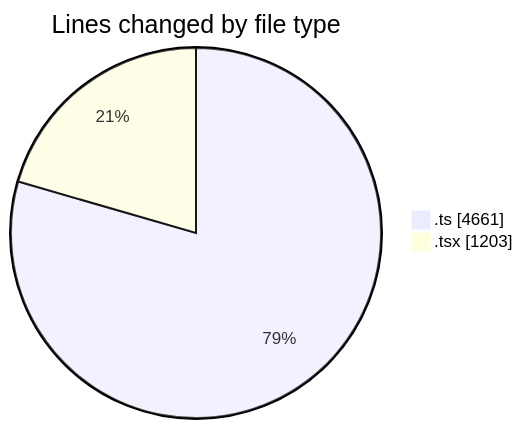
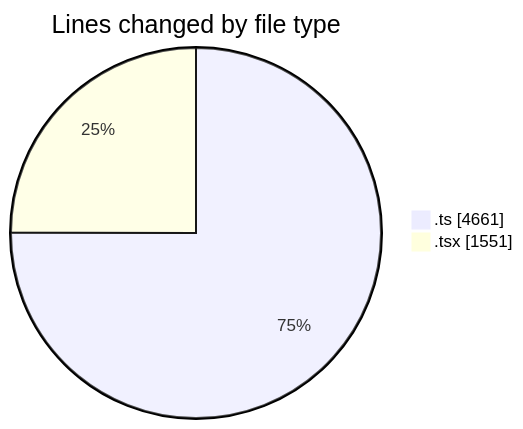
One commit to JenPaints/code-tracking changed the first of 2 diagrams in 2025-07-25/cohera/README.md. Above: the diagram before and after it, drawn with Mermaid. The commit also changed other lines of this file and 1 other file, not shown here.

````diff
--- a/2025-07-25/cohera/README.md
+++ b/2025-07-25/cohera/README.md
@@ -30,6 +31,6 @@
 ```mermaid
 pie showData
 title Lines changed by file type
 ".ts" : 4661
-".tsx" : 1203
+".tsx" : 1551
 ```
````
